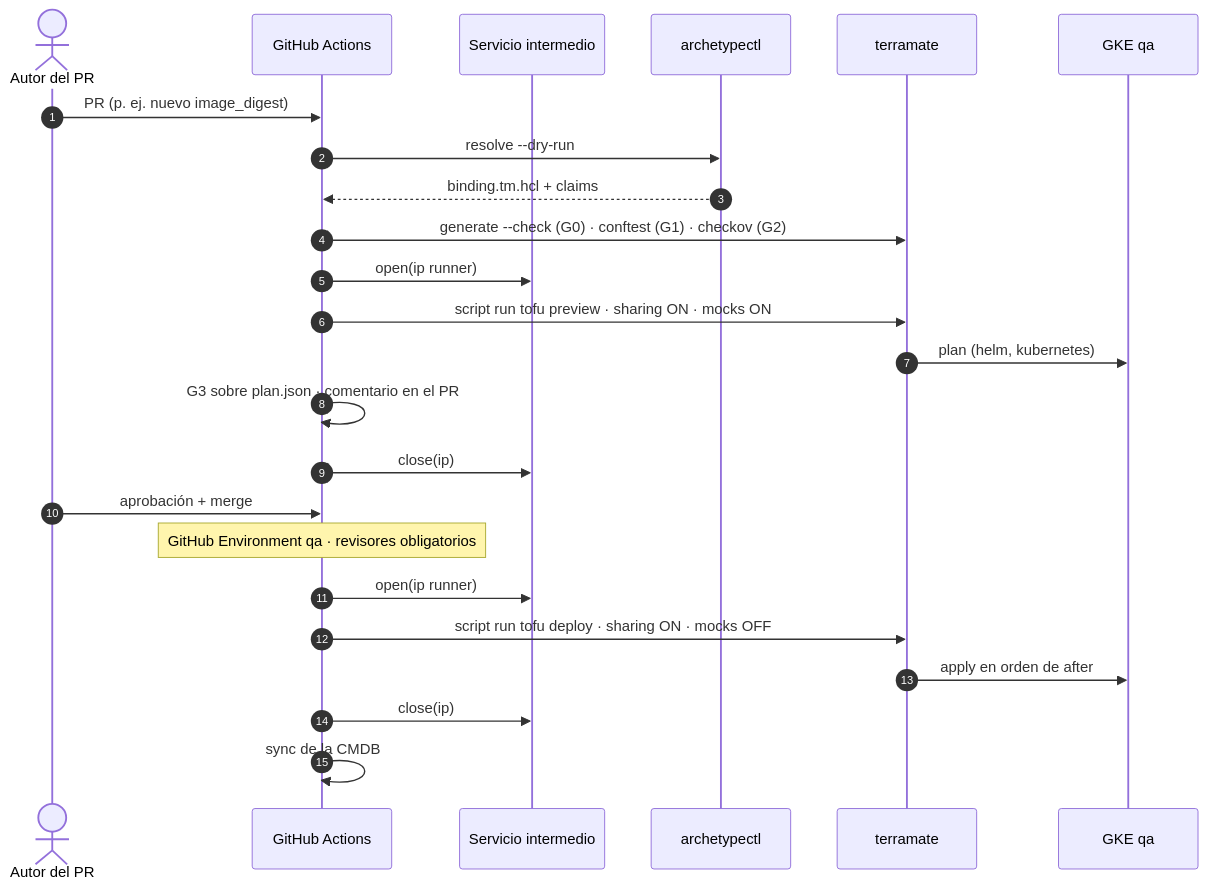
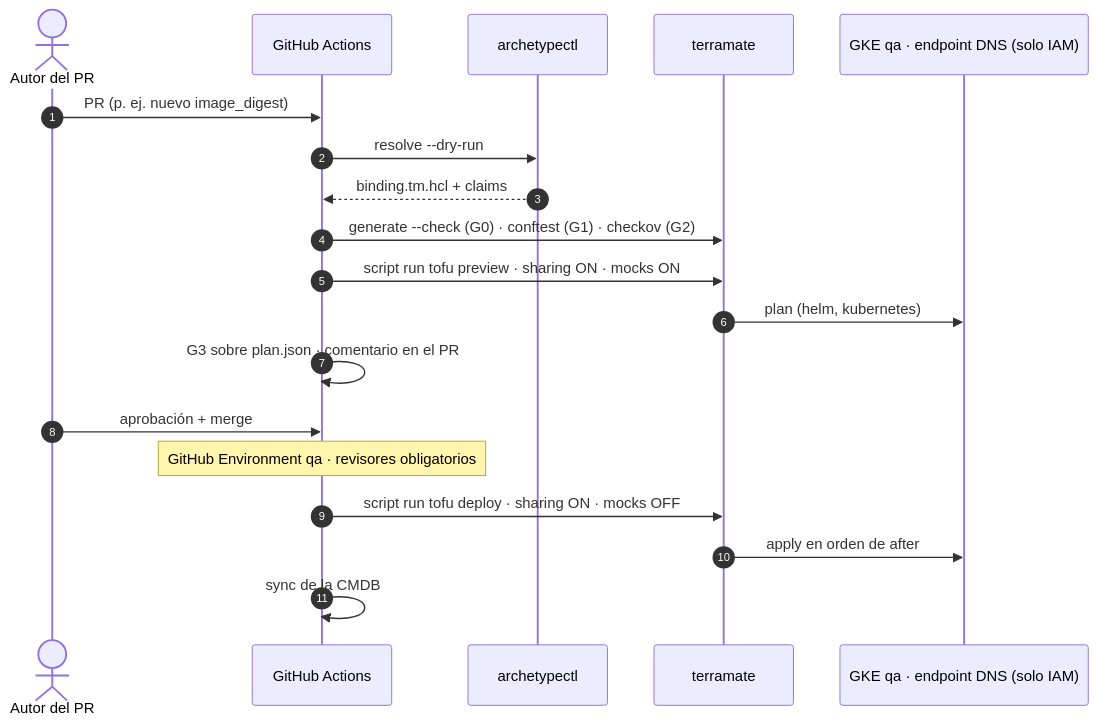
Before and after one commit to aescanero/proposal_documents: the diagram in docs/es/proposals/sonarqube-qa/diagrams/12-ejecucion.mmd, drawn with Mermaid. The commit also changed 50 other files, not shown here.

```diff
--- a/docs/es/proposals/sonarqube-qa/diagrams/12-ejecucion.mmd
+++ b/docs/es/proposals/sonarqube-qa/diagrams/12-ejecucion.mmd
@@ -1,25 +1,20 @@
 sequenceDiagram
     autonumber
     actor DEV as Autor del PR
     participant GH as GitHub Actions
-    participant BRK as Servicio intermedio
     participant RES as archetypectl
     participant TM as terramate
-    participant GKE as GKE qa
+    participant GKE as GKE qa · endpoint DNS (solo IAM)
 
     DEV->>GH: PR (p. ej. nuevo image_digest)
     GH->>RES: resolve --dry-run
     RES-->>GH: binding.tm.hcl + claims
     GH->>TM: generate --check (G0) · conftest (G1) · checkov (G2)
-    GH->>BRK: open(ip runner)
     GH->>TM: script run tofu preview · sharing ON · mocks ON
     TM->>GKE: plan (helm, kubernetes)
     GH->>GH: G3 sobre plan.json · comentario en el PR
-    GH->>BRK: close(ip)
     DEV->>GH: aprobación + merge
     Note over GH: GitHub Environment qa · revisores obligatorios
-    GH->>BRK: open(ip runner)
     GH->>TM: script run tofu deploy · sharing ON · mocks OFF
     TM->>GKE: apply en orden de after
-    GH->>BRK: close(ip)
     GH->>GH: sync de la CMDB
```
